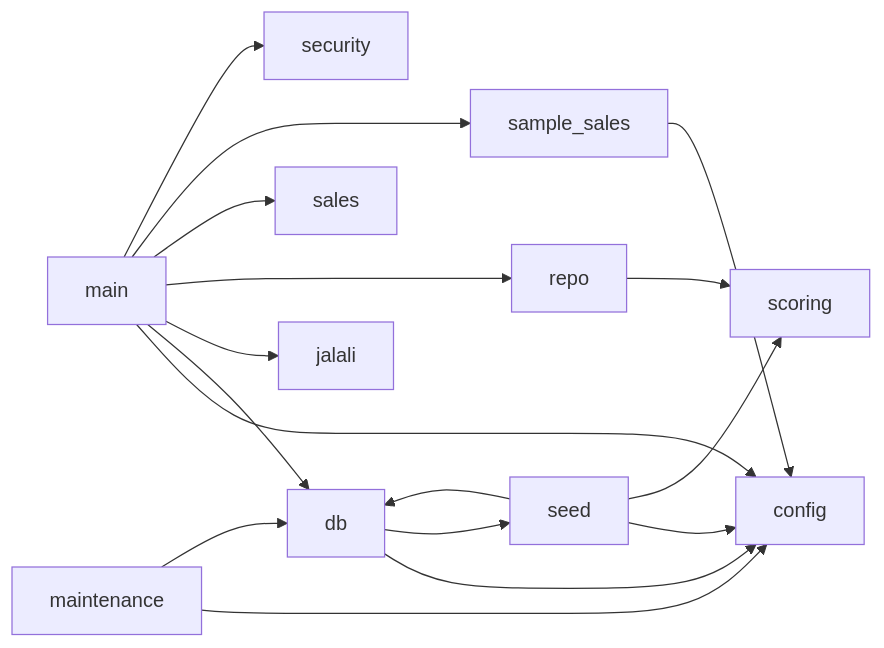
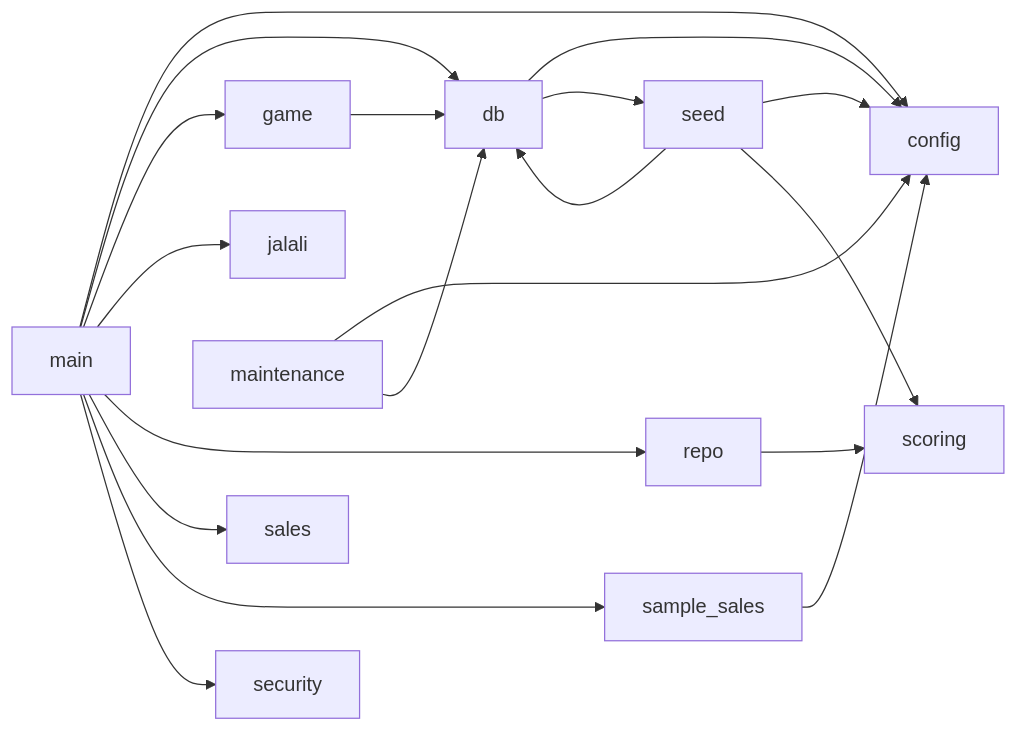
One commit to iciiex/comu-center changed the diagram in docs/agent-guide/code-map.md. Above: the diagram before and after it, drawn with Mermaid. The commit also changed other lines of this file and 17 other files, not shown here.

````diff
--- a/docs/agent-guide/code-map.md
+++ b/docs/agent-guide/code-map.md
@@ -45,19 +46,21 @@
 ```mermaid
 graph LR
     db --> config
     db --> seed
+    game --> db
     main --> config
     main --> db
+    main --> game
     main --> jalali
     main --> repo
     main --> sales
     main --> sample_sales
     main --> security
     maintenance --> config
     maintenance --> db
     repo --> scoring
     sample_sales --> config
     seed --> config
     seed --> db
     seed --> scoring
 ```
````
